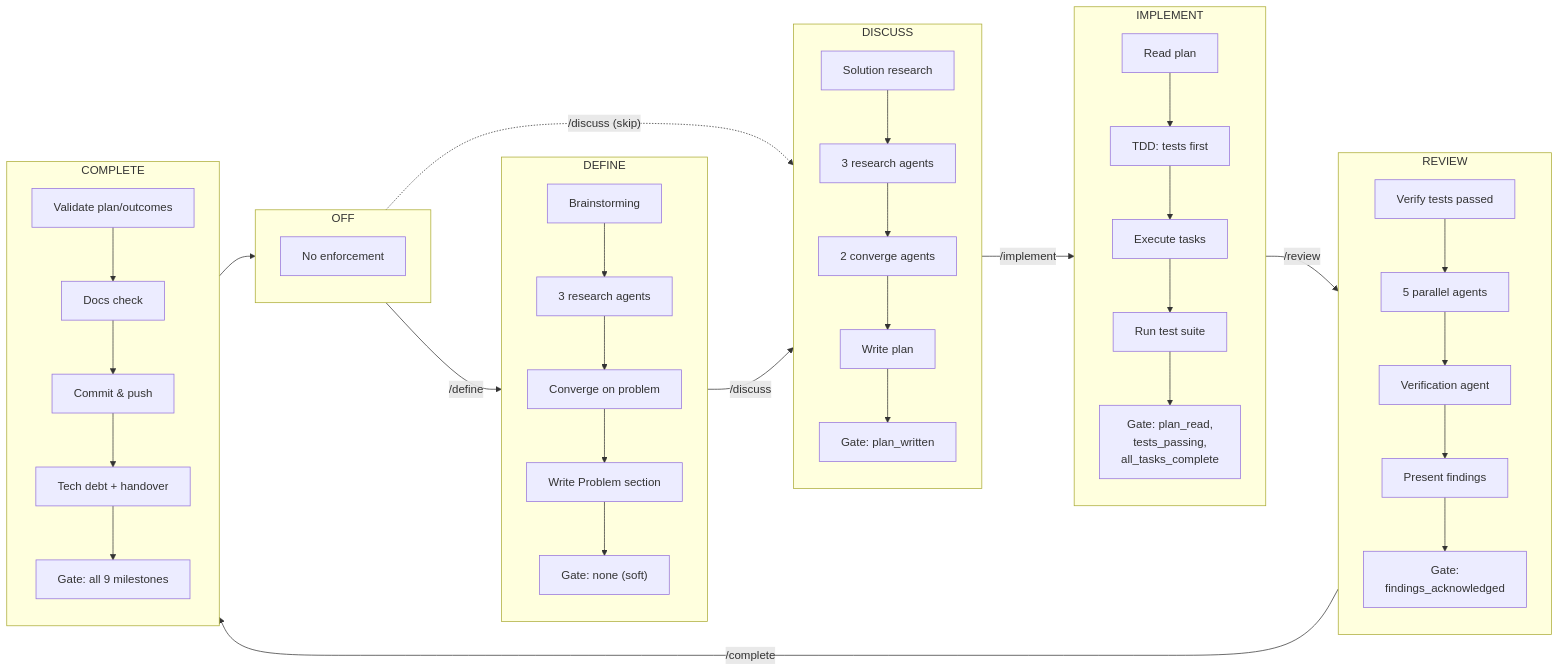
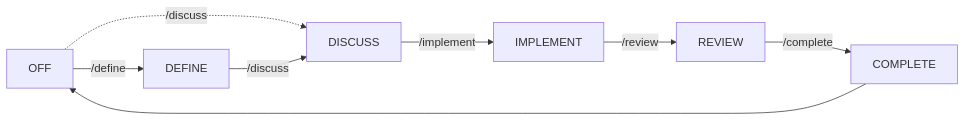
The second of 2 diagrams in docs/reference/architecture.md (azevedo-home-lab/claude-code-workflows), drawn with Mermaid before and after one commit. The commit also changed other lines of this file, not shown here.

Commit message:
docs: fix phase model diagram — simple flow + table instead of broken subgraphs
Mermaid subgraphs don't give layout control — phases rendered scattered
instead of horizontal. Replaced with a clean LR flow diagram for phase
transitions and a separate table for steps/gates per phase.

````diff
--- a/docs/reference/architecture.md
+++ b/docs/reference/architecture.md
@@ -29,59 +29,10 @@
 ```mermaid
 graph LR
-    subgraph OFF
-        off1["No enforcement"]
-    end
-
-    subgraph DEFINE
-        def1["Brainstorming"]
-        def2["3 research agents"]
-        def3["Converge on problem"]
-        def4["Write Problem section"]
-        def_gate["Gate: none (soft)"]
-        def1 --> def2 --> def3 --> def4 --> def_gate
-    end
-
-    subgraph DISCUSS
-        dis1["Solution research"]
-        dis2["3 research agents"]
-        dis3["2 converge agents"]
-        dis4["Write plan"]
-        dis_gate["Gate: plan_written"]
-        dis1 --> dis2 --> dis3 --> dis4 --> dis_gate
-    end
-
-    subgraph IMPLEMENT
-        imp1["Read plan"]
-        imp2["TDD: tests first"]
-        imp3["Execute tasks"]
-        imp4["Run test suite"]
-        imp_gate["Gate: plan_read,<br/>tests_passing,<br/>all_tasks_complete"]
-        imp1 --> imp2 --> imp3 --> imp4 --> imp_gate
-    end
-
-    subgraph REVIEW
-        rev1["Verify tests passed"]
-        rev2["5 parallel agents"]
-        rev3["Verification agent"]
-        rev4["Present findings"]
-        rev_gate["Gate:<br/>findings_acknowledged"]
-        rev1 --> rev2 --> rev3 --> rev4 --> rev_gate
-    end
-
-    subgraph COMPLETE
-        com1["Validate plan/outcomes"]
-        com2["Docs check"]
-        com3["Commit & push"]
-        com4["Tech debt + handover"]
-        com_gate["Gate: all 9 milestones"]
-        com1 --> com2 --> com3 --> com4 --> com_gate
-    end
-
-    OFF -- "/define" --> DEFINE
-    OFF -. "/discuss (skip)" .-> DISCUSS
+    OFF["OFF"] -- "/define" --> DEFINE
+    OFF -. "/discuss" .-> DISCUSS
     DEFINE -- "/discuss" --> DISCUSS
     DISCUSS -- "/implement" --> IMPLEMENT
     IMPLEMENT -- "/review" --> REVIEW
     REVIEW -- "/complete" --> COMPLETE
     COMPLETE --> OFF
 ```
````
